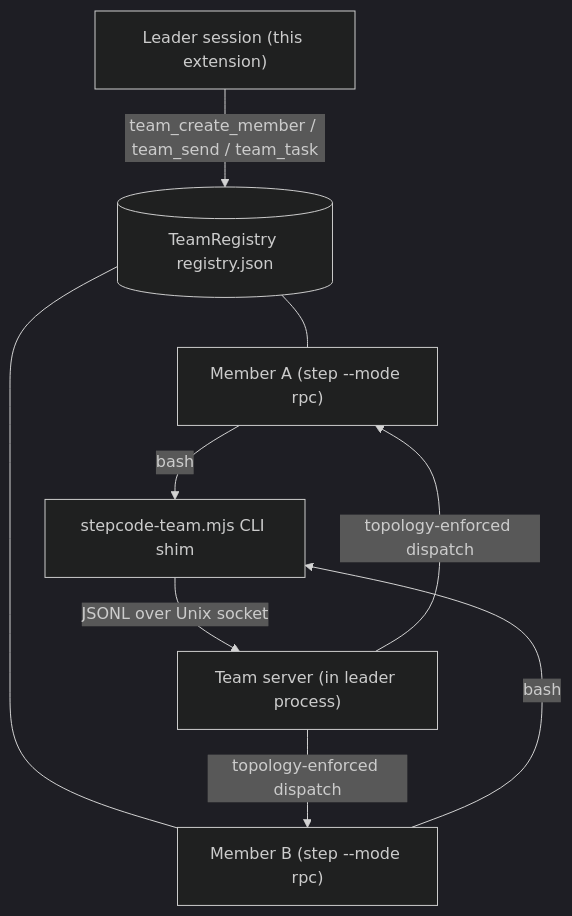
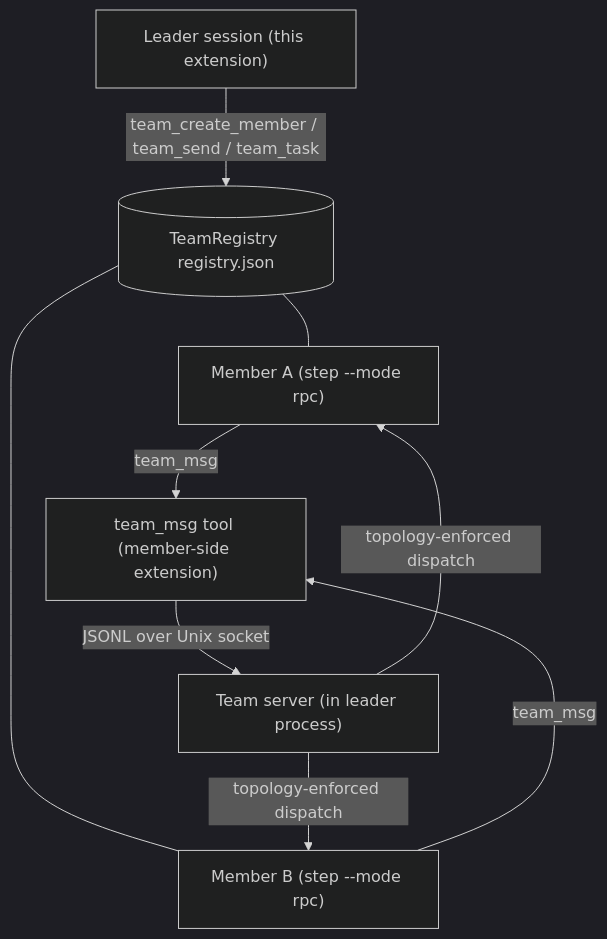
Before and after one commit to CTCingithub/Step-Code-Agent-Team: the first of 6 diagrams in README.md, drawn with Mermaid (dark theme). The commit also changed other lines of this file and 9 other files, not shown here.

First line of the commit message:
docs: document the team_msg messaging mechanism (no bash required)

````diff
--- a/README.md
+++ b/README.md
@@ -20,18 +20,18 @@
 ```mermaid
 flowchart TD
     Leader["Leader session (this extension)"]
     Registry[("TeamRegistry registry.json")]
     A["Member A (step --mode rpc)"]
     B["Member B (step --mode rpc)"]
-    Shim["stepcode-team.mjs CLI shim"]
+    MsgTool["team_msg tool (member-side extension)"]
     Server["Team server (in leader process)"]
 
     Leader -->|"team_create_member / team_send / team_task"| Registry
     Registry --- A
     Registry --- B
-    A -->|"bash"| Shim
-    B -->|"bash"| Shim
-    Shim -->|"JSONL over Unix socket"| Server
+    A -->|"team_msg"| MsgTool
+    B -->|"team_msg"| MsgTool
+    MsgTool -->|"JSONL over Unix socket"| Server
     Server -->|"topology-enforced dispatch"| A
     Server -->|"topology-enforced dispatch"| B
 ```
````
